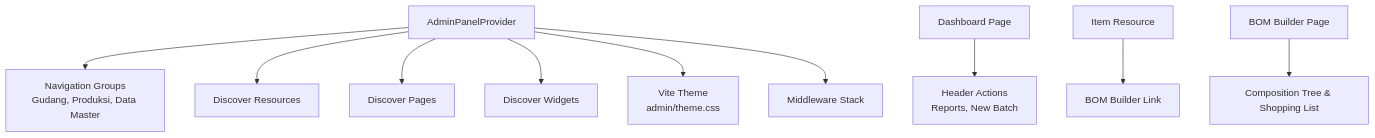
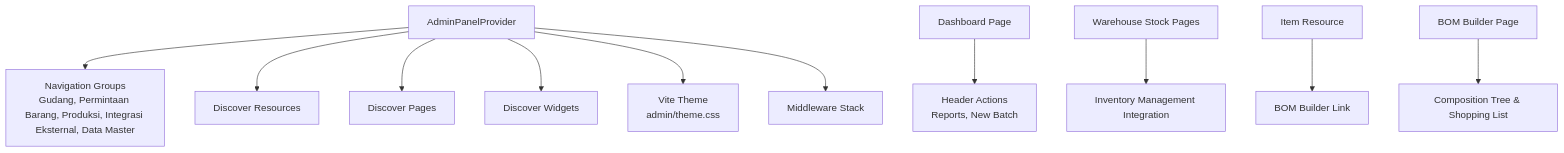
Before and after one commit to Dikksap/laravel_RsvHelmet: the first of 18 diagrams in .qoder/repowiki/en/content/Filament Admin Panel/Filament Admin Panel.md, drawn with Mermaid. The commit also changed other lines of this file and 129 other files, not shown here.

First line of the commit message:
Add Filament Admin Panel and Resources for RSV Helmet Warehouse Management Application

````diff
--- a/.qoder/repowiki/en/content/Filament Admin Panel/Filament Admin Panel.md
+++ b/.qoder/repowiki/en/content/Filament Admin Panel/Filament Admin Panel.md
@@ -39,12 +55,13 @@
 ```mermaid
 graph TB
-Provider["AdminPanelProvider"] --> NavGroups["Navigation Groups<br/>Gudang, Produksi, Data Master"]
+Provider["AdminPanelProvider"] --> NavGroups["Navigation Groups<br/>Gudang, Permintaan Barang, Produksi, Integrasi Eksternal, Data Master"]
 Provider --> DiscoverResources["Discover Resources"]
 Provider --> DiscoverPages["Discover Pages"]
 Provider --> DiscoverWidgets["Discover Widgets"]
 Provider --> Theme["Vite Theme<br/>admin/theme.css"]
 Provider --> Middleware["Middleware Stack"]
 DashboardPage["Dashboard Page"] --> HeaderActions["Header Actions<br/>Reports, New Batch"]
+WarehousePages["Warehouse Stock Pages"] --> InventoryIntegration["Inventory Management Integration"]
 ItemRes["Item Resource"] --> BomLink["BOM Builder Link"]
 BomPage["BOM Builder Page"] --> BOMTree["Composition Tree & Shopping List"]
 ```
````
